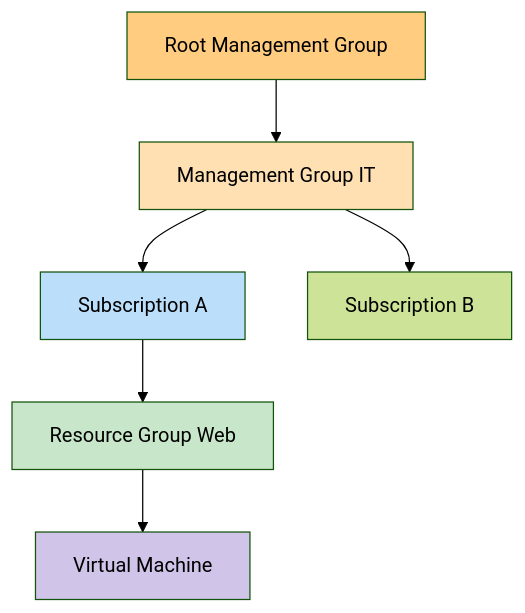
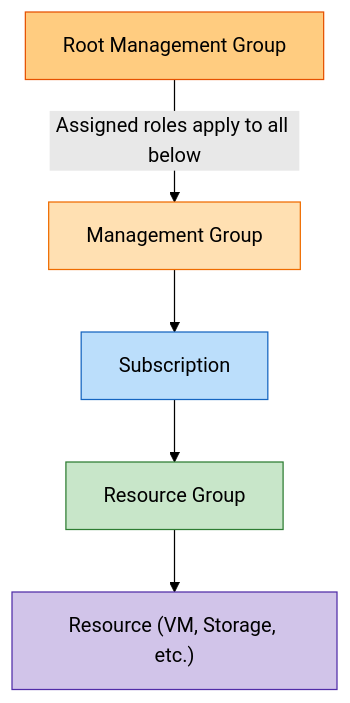
Before and after one commit to parthnaik7/AZ-104-Study-Guide: the second of 2 diagrams in 02-identity-governance.md, drawn with Mermaid (forest theme). The commit also changed other lines of this file and 4 other files, not shown here.

Commit message:
Enhance all modules with tables, diagrams, best practices, and exam gotchas

````diff
--- a/02-identity-governance.md
+++ b/02-identity-governance.md
@@ -63,14 +75,19 @@
 ```mermaid
 graph TD
-    Root[Root Management Group] --> MG1[Management Group IT]
-    MG1 --> Sub1[Subscription A]
-    MG1 --> Sub2[Subscription B]
-    Sub1 --> RG1[Resource Group Web]
-    RG1 --> VM1[Virtual Machine]
-    
-    style Root fill:#ffcc80
-    style MG1 fill:#ffe0b2
-    style Sub1 fill:#bbdefb
-    style RG1 fill:#c8e6c9
-    style VM1 fill:#d1c4e9
+    Root["Root Management Group"]
+    MG["Management Group"]
+    Sub["Subscription"]
+    RG["Resource Group"]
+    Res["Resource (VM, Storage, etc.)"]
+
+    Root -->|"Assigned roles apply to all below"| MG
+    MG --> Sub
+    Sub --> RG
+    RG --> Res
+
+    style Root fill:#ffcc80,stroke:#e65100
+    style MG fill:#ffe0b2,stroke:#ef6c00
+    style Sub fill:#bbdefb,stroke:#1565c0
+    style RG fill:#c8e6c9,stroke:#2e7d32
+    style Res fill:#d1c4e9,stroke:#512da8
 ```
````
